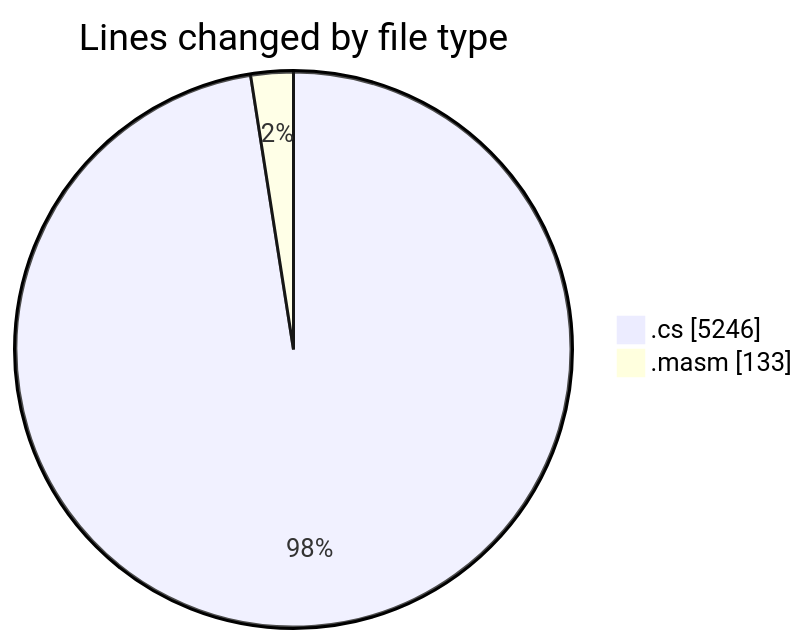
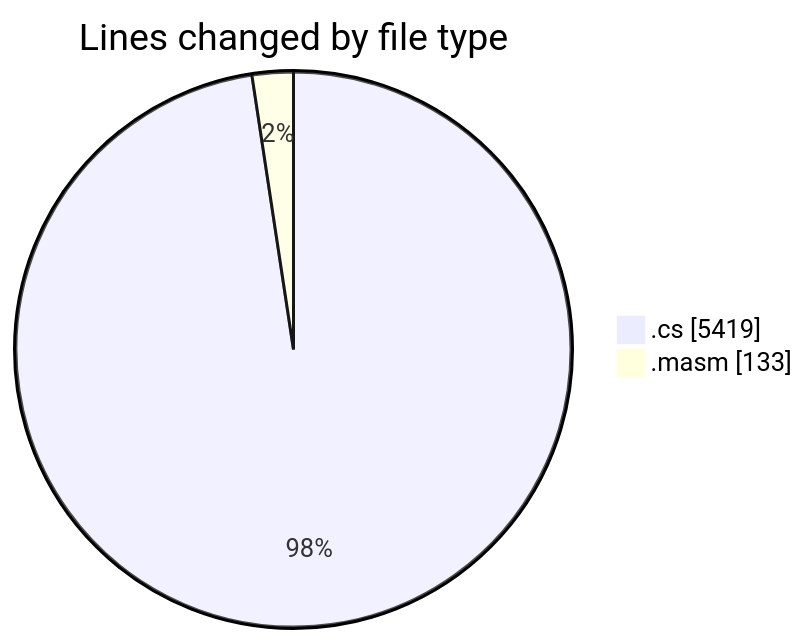
The first of 2 diagrams in 2025-03-17/sharpmasm/README.md (charlie-sans/code-tracking), drawn with Mermaid before and after one commit. The commit also changed other lines of this file and 1 other file, not shown here.

````diff
--- a/2025-03-17/sharpmasm/README.md
+++ b/2025-03-17/sharpmasm/README.md
@@ -26,6 +27,6 @@
 ```mermaid
 pie showData
 title Lines changed by file type
-".cs" : 5246
+".cs" : 5419
 ".masm" : 133
 ```
````
